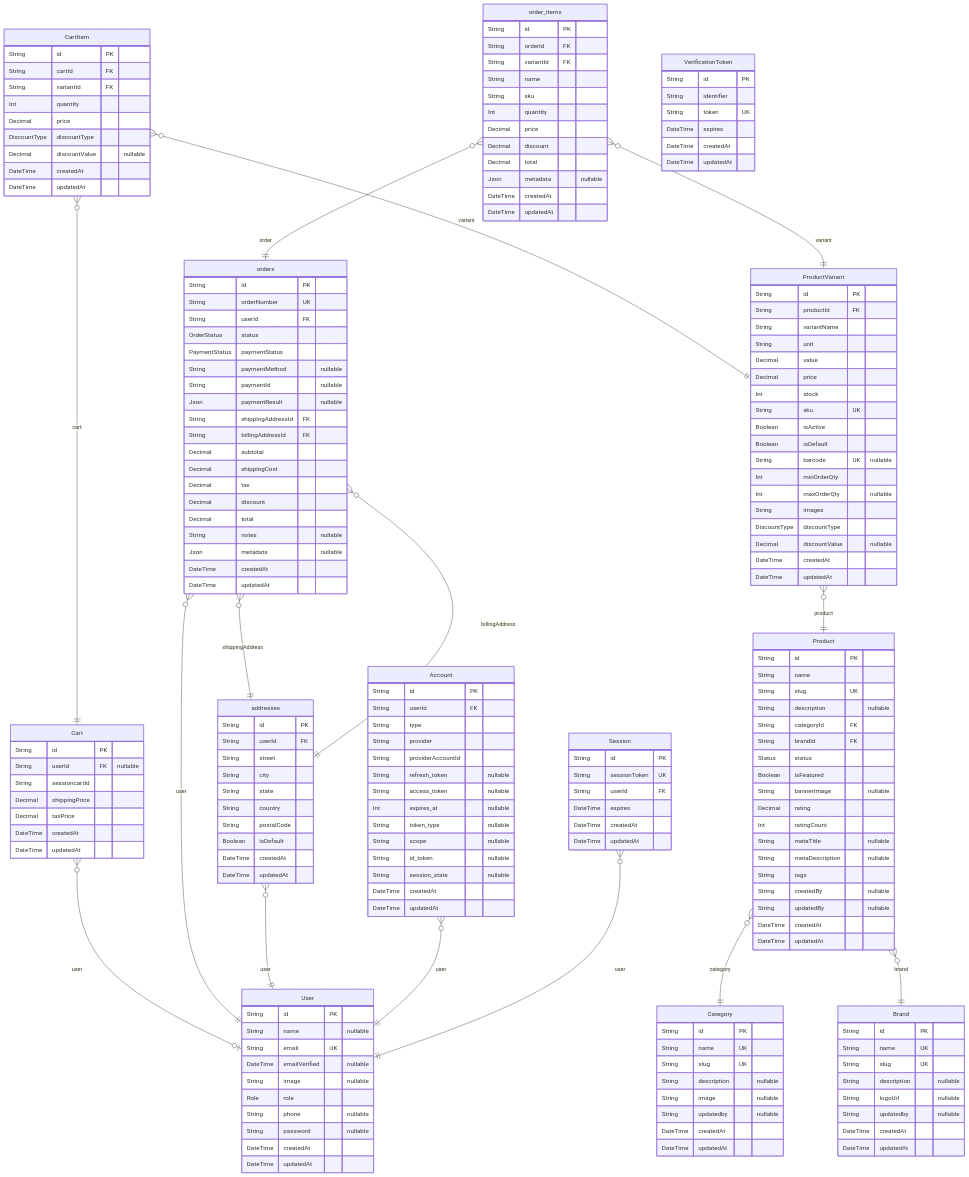
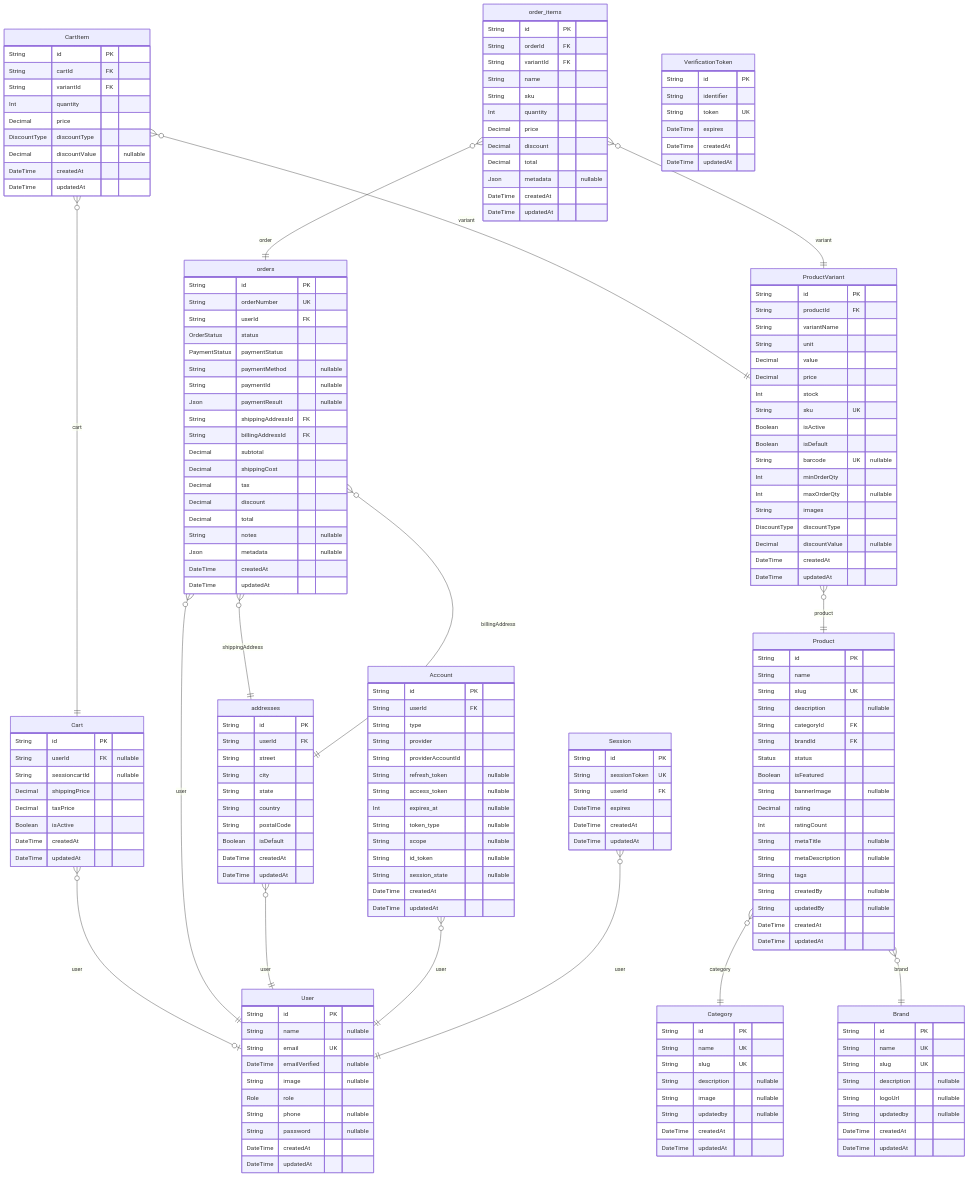
One commit to jjaijg/ssb-store changed the diagram in prisma/ERD.md. Above: the diagram before and after it, drawn with Mermaid. The commit also changed other lines of this file and 8 other files, not shown here.

```diff
--- a/prisma/ERD.md
+++ b/prisma/ERD.md
@@ -9,9 +9,10 @@
 "Cart" {
   String id PK
   String userId FK "nullable"
-  String sessioncartId
+  String sessioncartId "nullable"
   Decimal shippingPrice
   Decimal taxPrice
+  Boolean isActive
   DateTime createdAt
   DateTime updatedAt
 }
```
